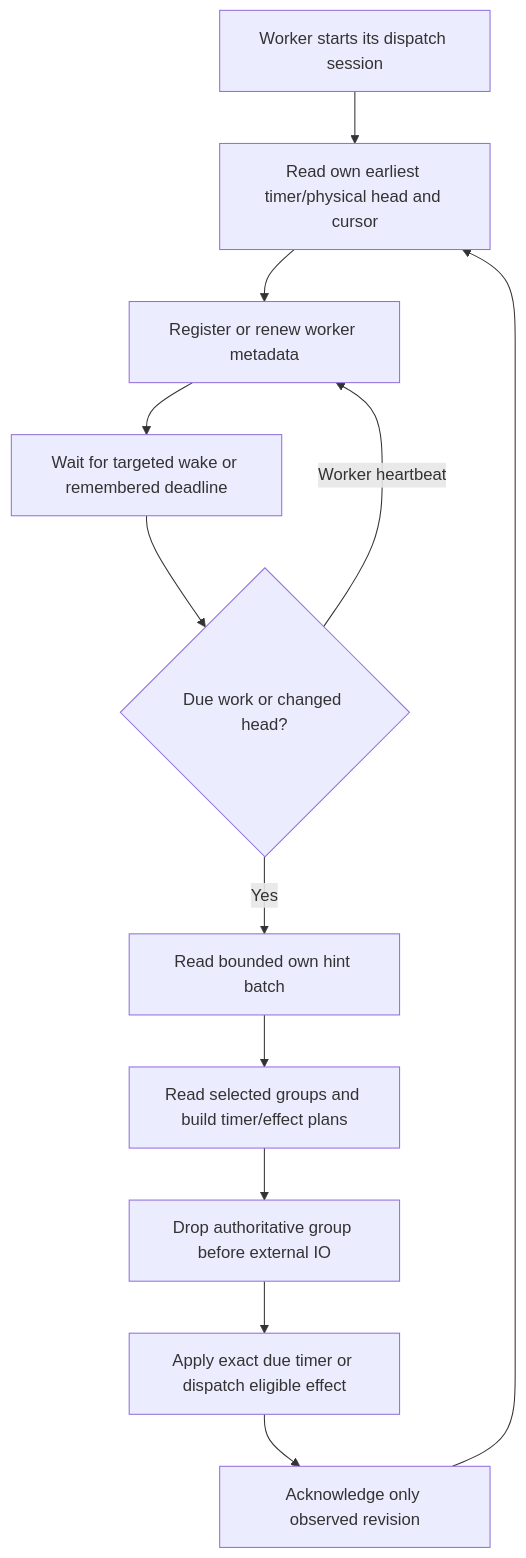
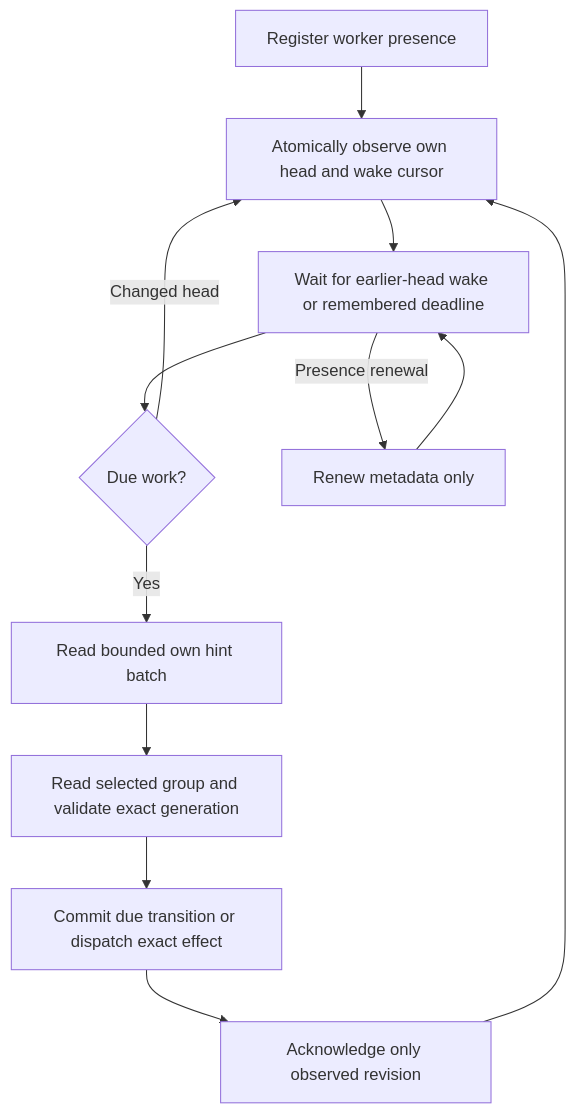
Before and after one commit to zyno-io/sipbridge: the second of 6 diagrams in docs/operations/lifecycle.md, drawn with Mermaid. The commit also changed other lines of this file and 30 other files, not shown here.

````diff
--- a/docs/operations/lifecycle.md
+++ b/docs/operations/lifecycle.md
@@ -68,14 +39,14 @@
 ```mermaid
 flowchart TD
-    A[Worker starts its dispatch session] --> B[Read own earliest timer/physical head and cursor]
-    B --> C[Register or renew worker metadata]
-    C --> D[Wait for targeted wake or remembered deadline]
-    D --> E{Due work or changed head?}
-    E -- Yes --> F[Read bounded own hint batch]
-    F --> G[Read selected groups and build timer/effect plans]
-    G --> H[Drop authoritative group before external IO]
-    H --> I[Apply exact due timer or dispatch eligible effect]
-    I --> J[Acknowledge only observed revision]
-    J --> B
-    E -- Worker heartbeat --> C
+    A[Register worker presence] --> B[Atomically observe own head and wake cursor]
+    B --> C[Wait for earlier-head wake or remembered deadline]
+    C --> D{Due work?}
+    D -- Yes --> E[Read bounded own hint batch]
+    E --> F[Read selected group and validate exact generation]
+    F --> G[Commit due transition or dispatch exact effect]
+    G --> H[Acknowledge only observed revision]
+    H --> B
+    D -- Changed head --> B
+    C -- Presence renewal --> I[Renew metadata only]
+    I --> C
 ```
````
